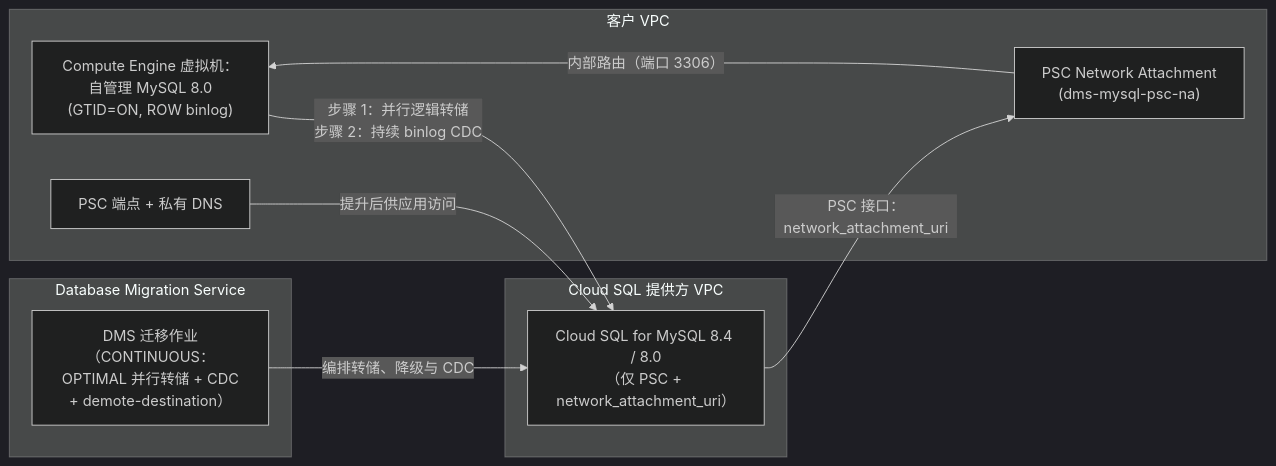
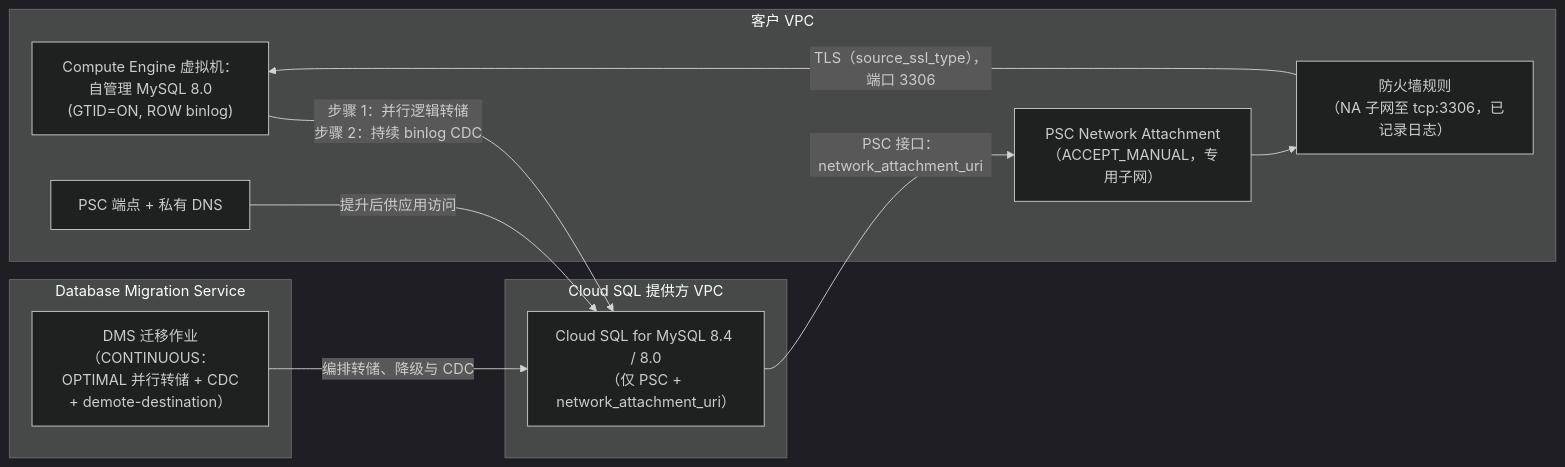
Before and after one commit to kkmbryan/cloud-dms-templates: the diagram in templates/01-live-migration-gce-cdc/README.zh-CN.md, drawn with Mermaid (dark theme). The commit also changed other lines of this file and 45 other files, not shown here.

````diff
--- a/templates/01-live-migration-gce-cdc/README.zh-CN.md
+++ b/templates/01-live-migration-gce-cdc/README.zh-CN.md
@@ -21,22 +22,24 @@
 ```mermaid
 flowchart LR
     subgraph GCE_VPC["客户 VPC"]
         GCE["Compute Engine 虚拟机：自管理 MySQL 8.0<br/>(GTID=ON, ROW binlog)"]
-        NA["PSC Network Attachment<br/>(dms-mysql-psc-na)"]
+        NA["PSC Network Attachment<br/>（ACCEPT_MANUAL，专用子网）"]
+        FW["防火墙规则<br/>（NA 子网至 tcp:3306，已记录日志）"]
         EP["PSC 端点 + 私有 DNS"]
     end
 
     subgraph DMS_Control["Database Migration Service"]
         JOB["DMS 迁移作业<br/>（CONTINUOUS：OPTIMAL 并行转储 + CDC<br/>+ demote-destination）"]
     end
 
     subgraph CloudSQL_Producer["Cloud SQL 提供方 VPC"]
         CSQL["Cloud SQL for MySQL 8.4 / 8.0<br/>（仅 PSC + network_attachment_uri）"]
     end
 
     CSQL -->|"PSC 接口：network_attachment_uri"| NA
-    NA -->|"内部路由（端口 3306）"| GCE
+    NA --> FW
+    FW -->|"TLS（source_ssl_type），端口 3306"| GCE
     GCE -->|"步骤 1：并行逻辑转储<br/>步骤 2：持续 binlog CDC"| CSQL
     JOB -->|"编排转储、降级与 CDC"| CSQL
     EP -->|"提升后供应用访问"| CSQL
 ```
````
